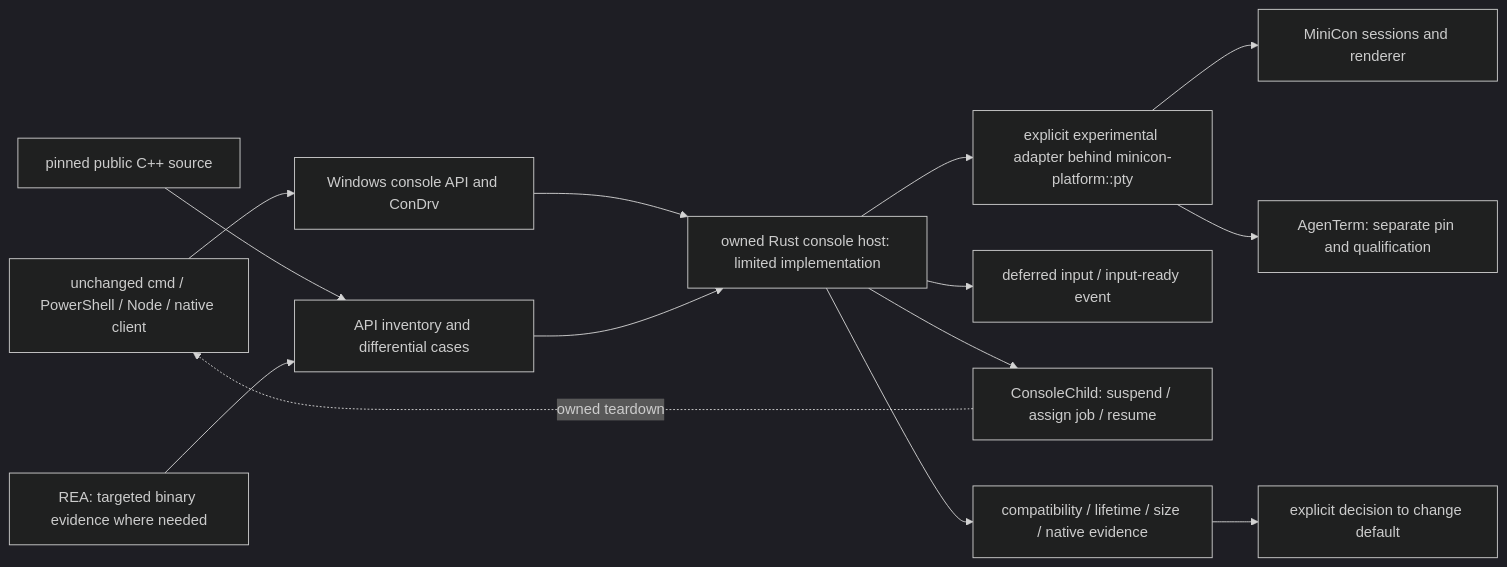
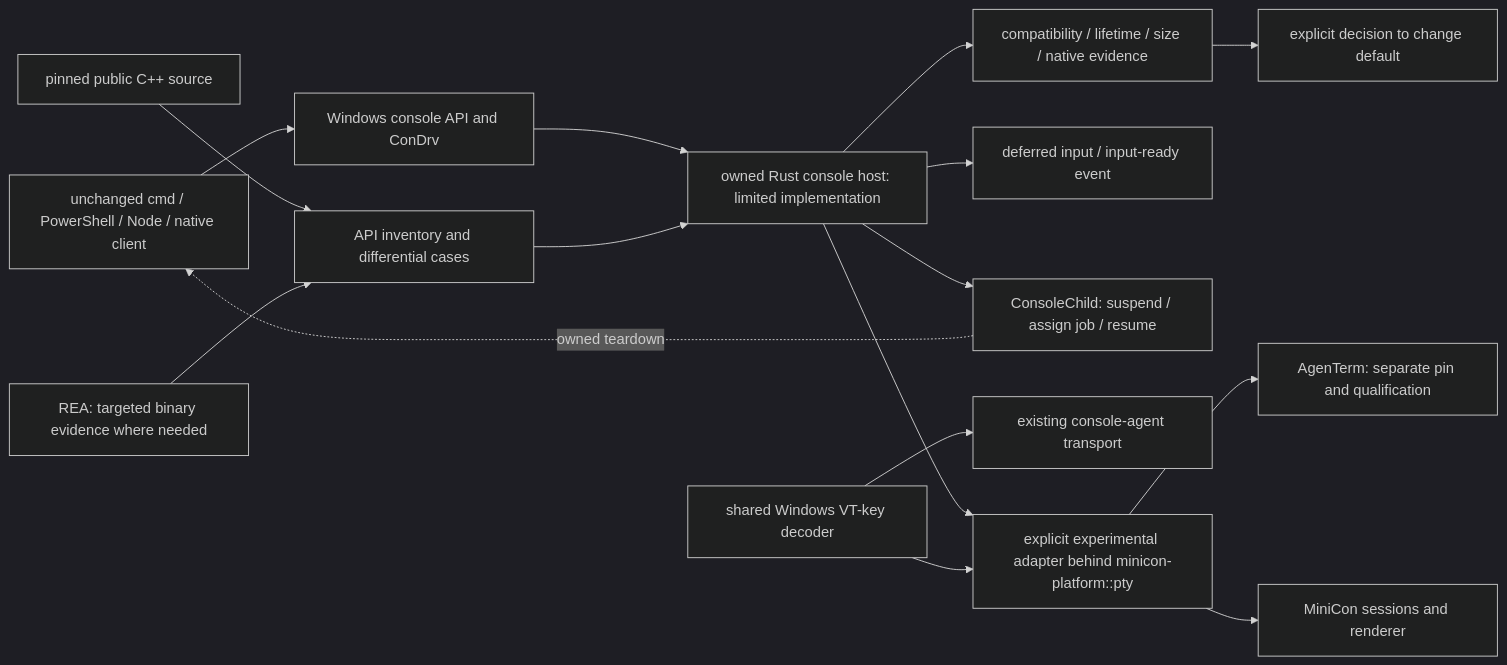
Before and after one commit to partnernetsoftware/minicon: the diagram in prd/PRD_02_34_windows_console_backend.md, drawn with Mermaid (dark theme). The commit also changed other lines of this file and 13 other files, not shown here.

````diff
--- a/prd/PRD_02_34_windows_console_backend.md
+++ b/prd/PRD_02_34_windows_console_backend.md
@@ -48,16 +50,18 @@
 ```mermaid
 flowchart LR
     CLIENT["unchanged cmd / PowerShell / Node / native client"] --> API["Windows console API and ConDrv"]
     API --> HOST["owned Rust console host: limited implementation"]
     HOST --> ADAPTER["explicit experimental adapter behind minicon-platform::pty"]
     HOST --> INPUT["deferred input / input-ready event"]
     HOST --> JOB["ConsoleChild: suspend / assign job / resume"]
     JOB -. "owned teardown" .-> CLIENT
     ADAPTER --> MC["MiniCon sessions and renderer"]
     ADAPTER --> AG["AgenTerm: separate pin and qualification"]
+    KEYS["shared Windows VT-key decoder"] --> ADAPTER
+    KEYS --> OLD["existing console-agent transport"]
     SRC["pinned public C++ source"] --> SPEC["API inventory and differential cases"]
     REA["REA: targeted binary evidence where needed"] --> SPEC
     SPEC --> HOST
     GATE["compatibility / lifetime / size / native evidence"] --> DEFAULT["explicit decision to change default"]
     HOST --> GATE
 ```
````
